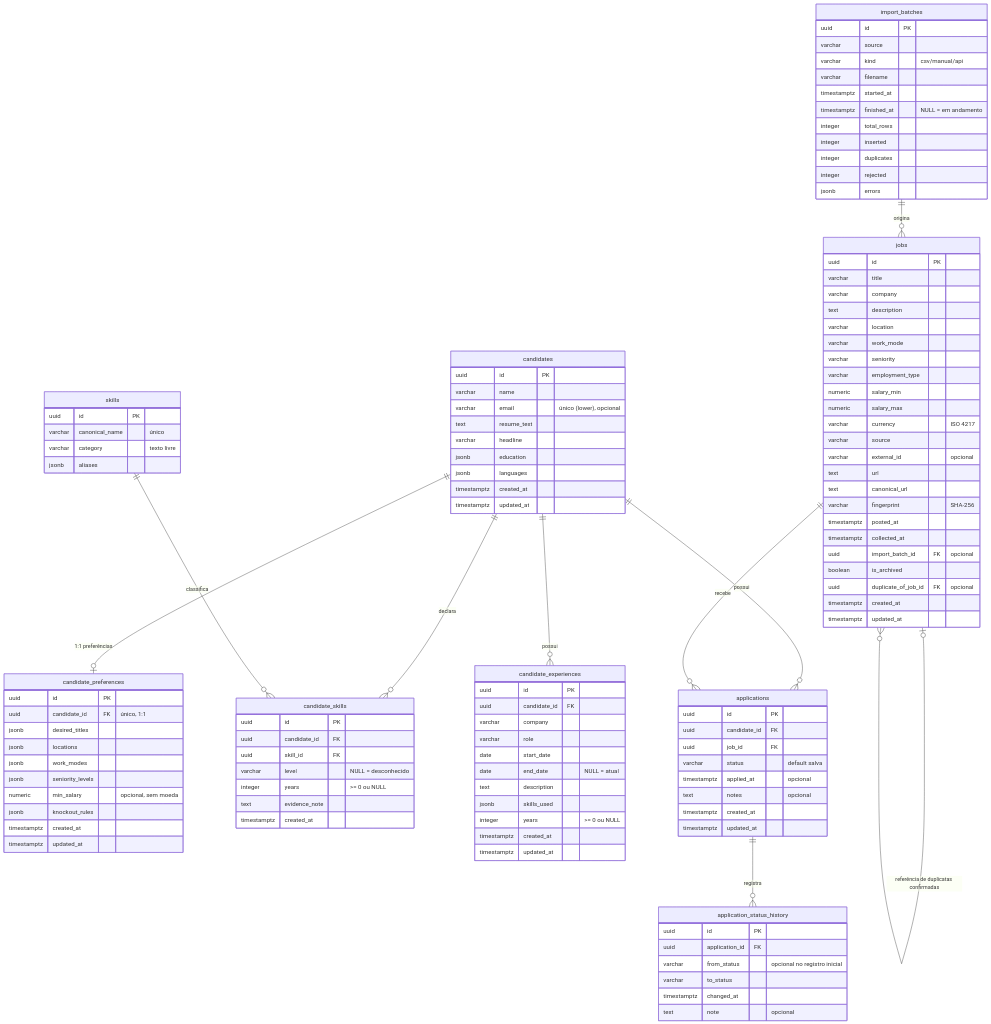
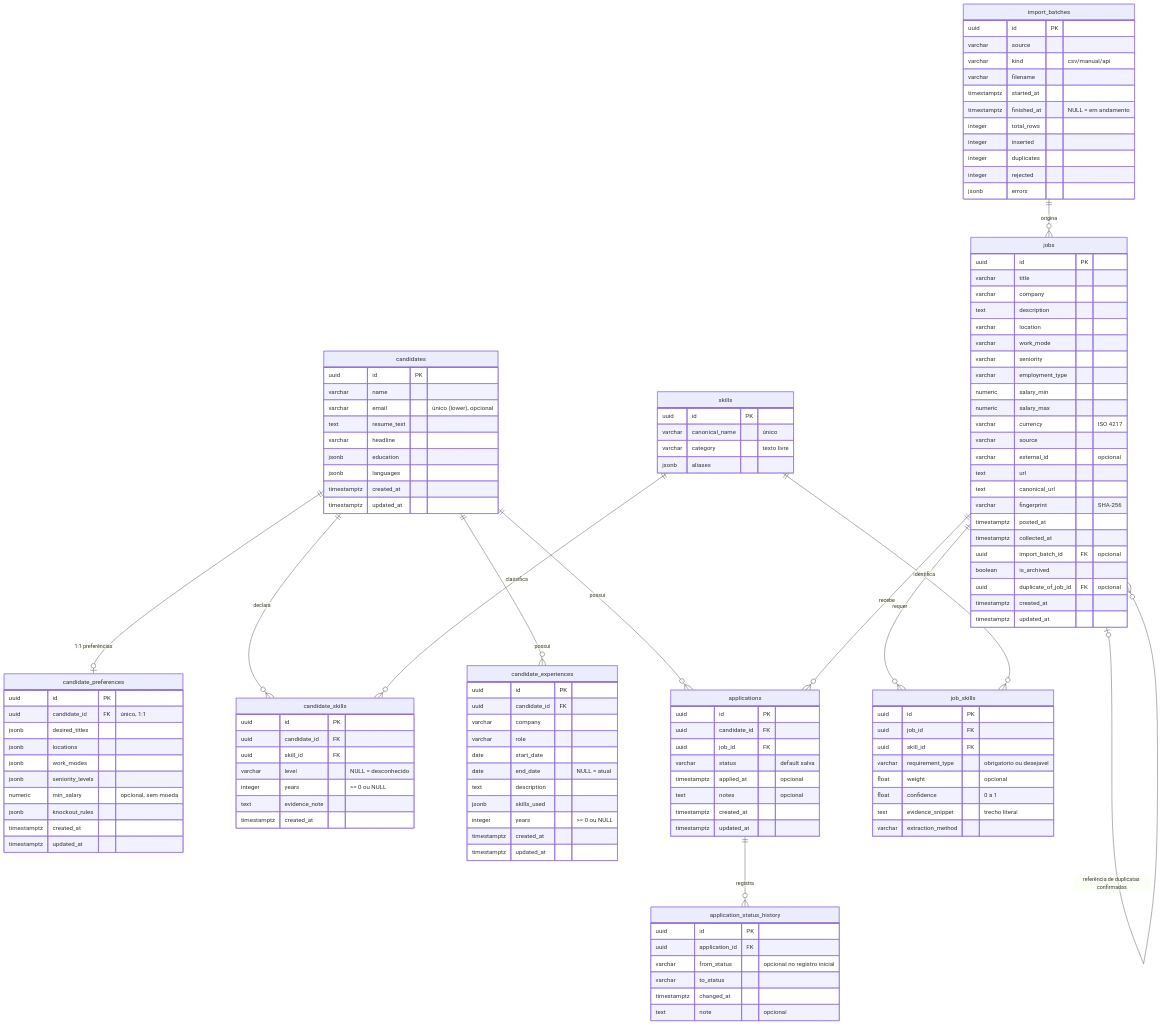
Before and after one commit to JoaumPdr/jobpilot-ai: the diagram in docs/data-model.md, drawn with Mermaid. The commit also changed other lines of this file and 14 other files, not shown here.

```diff
--- a/docs/data-model.md
+++ b/docs/data-model.md
@@ -36,6 +37,8 @@
     jobs |o--o{ jobs : "referência de duplicatas confirmadas"
     candidates ||--o{ applications : "possui"
     jobs ||--o{ applications : "recebe"
+    jobs ||--o{ job_skills : "requer"
+    skills ||--o{ job_skills : "identifica"
     applications ||--o{ application_status_history : "registra"
 
     candidates {
@@ -134,6 +137,17 @@
         timestamptz updated_at
     }
 
+    job_skills {
+        uuid id PK
+        uuid job_id FK
+        uuid skill_id FK
+        varchar requirement_type "obrigatorio ou desejavel"
+        float weight "opcional"
+        float confidence "0 a 1"
+        text evidence_snippet "trecho literal"
+        varchar extraction_method
+    }
+
     applications {
         uuid id PK
         uuid candidate_id FK
```
